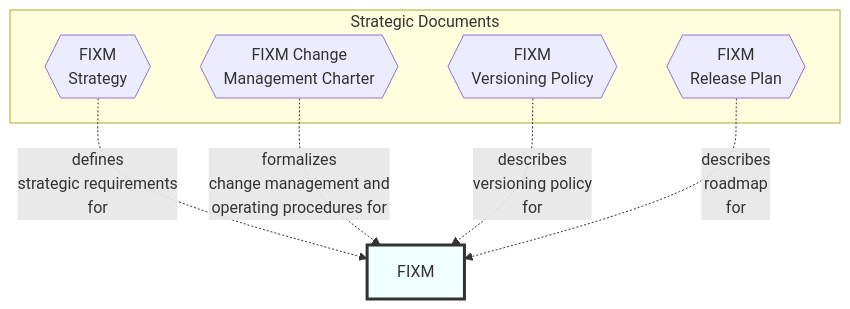
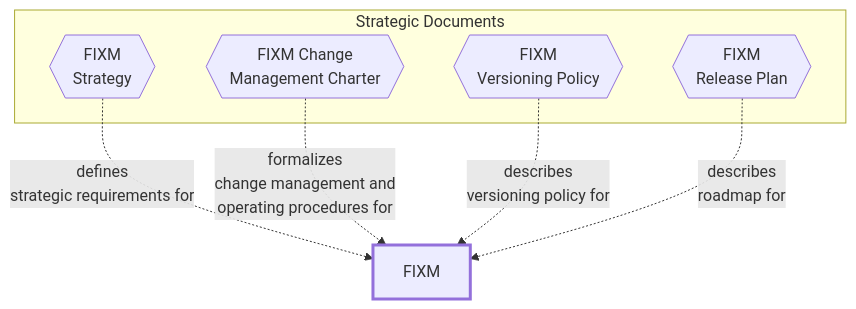
One commit to hlepori/test_docsify changed the diagram in docs/home.md. Above: the diagram before and after it, drawn with Mermaid.

````diff
--- a/docs/home.md
+++ b/docs/home.md
@@ -9,28 +9,29 @@
 ```mermaid
 graph TD
 
 FIXM
 
 subgraph Strategic Documents
 STRATEGY{{FIXM<br>Strategy}}
 CHARTER{{FIXM Change<br>Management Charter}}
 VERSIONING{{FIXM<br>Versioning Policy}}
 RELEASEPLAN{{FIXM<br>Release Plan}}
 end
 
-STRATEGY-. defines<br>strategic requirements<br>for .-> FIXM
+STRATEGY-. defines<br>strategic requirements for .-> FIXM
 CHARTER-.  formalizes<br>change management and<br>operating procedures for .-> FIXM
-VERSIONING-. describes<br>versioning policy<br>for .-> FIXM
-RELEASEPLAN-. describes<br>roadmap<br>for .-> FIXM
+VERSIONING-. describes<br>versioning policy for .-> FIXM
+RELEASEPLAN-. describes<br>roadmap for .-> FIXM
 
 %% style STRATEGY fill:#F0FFFF,stroke:#333,stroke-width:3px
 %% style CHARTER fill:#F0FFFF,stroke:#333,stroke-width:3px
 %% style VERSIONING fill:#F0FFFF,stroke:#333,stroke-width:3px
 %% style RELEASEPLAN fill:#F0FFFF,stroke:#333,stroke-width:3px
-style FIXM fill:#F0FFFF,stroke:#333,stroke-width:3px
+%% style FIXM fill:#F0FFFF,stroke:#333,stroke-width:3px
+style FIXM stroke-width:3px
 
 click STRATEGY "https://ost.eurocontrol.int/sites/FIXM/Lists/Bug%20reports/AllItems.aspx" "Browse the FIXM Strategy"
 click CHARTER "https://ost.eurocontrol.int/sites/FIXM/Lists/Bug%20reports/AllItems.aspx" "Browse the FIXM Change Management Charter"
 click VERSIONING "https://ost.eurocontrol.int/sites/FIXM/Lists/Bug%20reports/AllItems.aspx" "Browse the FIXM Versioning Policy"
 click RELEASEPLAN "https://ost.eurocontrol.int/sites/FIXM/Lists/Bug%20reports/AllItems.aspx" "Browse the FIXM Release Plan"
 ```
````
